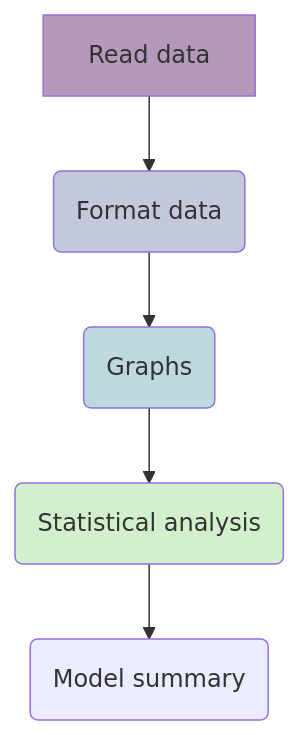
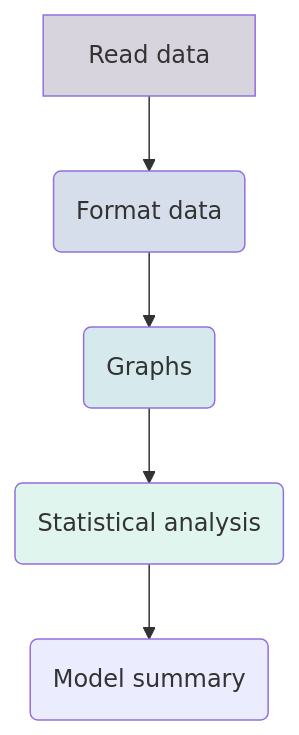
Before and after one commit to maRce10/sketchy: the diagram in examples/analysis_template_quarto.qmd, drawn with Mermaid. The commit also changed other lines of this file and 23 other files, not shown here.

````diff
--- a/examples/analysis_template_quarto.qmd
+++ b/examples/analysis_template_quarto.qmd
@@ -86,14 +86,14 @@
 ```{mermaid}
 
 flowchart
   A[Read data] --> B(Format data) 
   B --> C(Graphs)
   C --> D(Statistical analysis)
   D --> E(Model summary) 
 
-style A fill:#44015466
-style B fill:#3E4A894D
-style C fill:#26828E4D
-style D fill:#6DCD594D
+style A fill:#382A5433
+style B fill:#395D9C33
+style C fill:#3497A933
+style D fill:#60CEAC33
 
 ```
````
